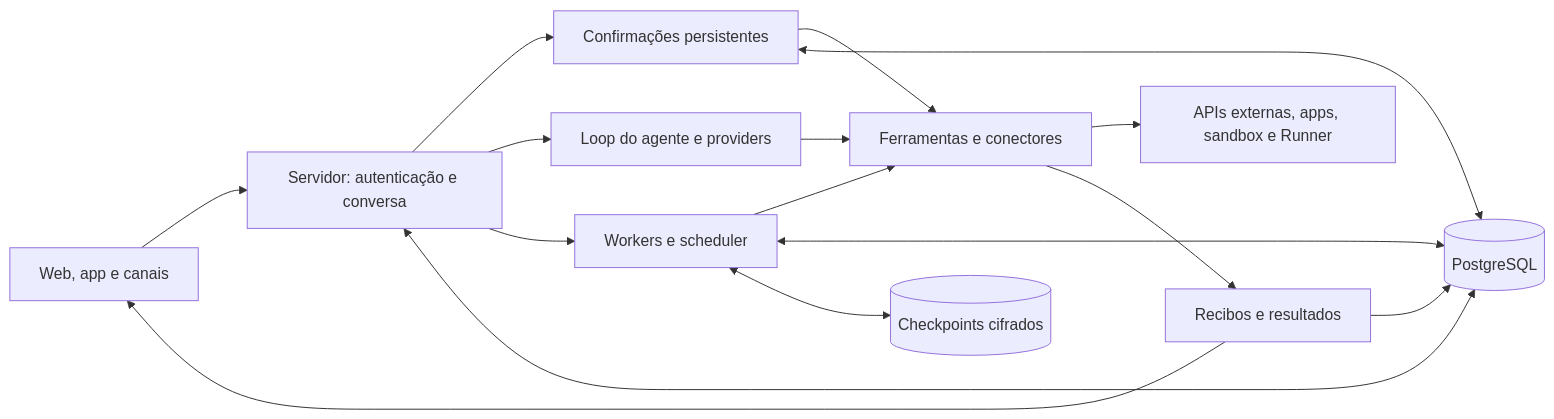
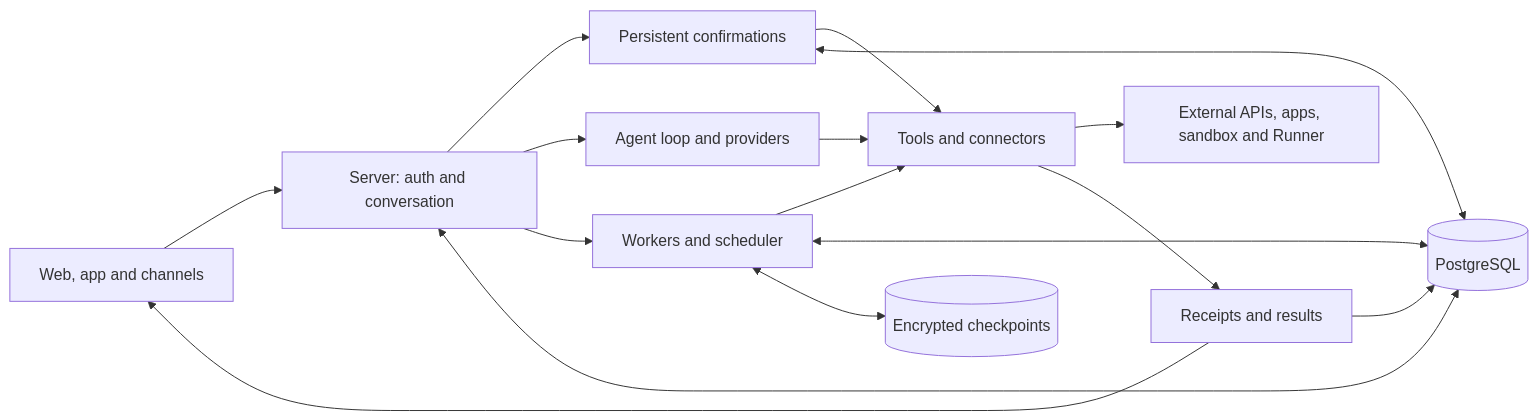
The diagram in README.md (morethanrealio/brambit), drawn with Mermaid before and after one commit. The commit also changed other lines of this file and 15 other files, not shown here.

````diff
--- a/README.md
+++ b/README.md
@@ -88,18 +155,18 @@
 ```mermaid
 flowchart LR
-  U[Web, app e canais] --> S[Servidor: autenticação e conversa]
-  S --> C[Confirmações persistentes]
-  S --> L[Loop do agente e providers]
-  C --> T[Ferramentas e conectores]
+  U[Web, app and channels] --> S[Server: auth and conversation]
+  S --> C[Persistent confirmations]
+  S --> L[Agent loop and providers]
+  C --> T[Tools and connectors]
   L --> T
-  S --> W[Workers e scheduler]
+  S --> W[Workers and scheduler]
   W --> T
   S <--> P[(PostgreSQL)]
   C <--> P
   W <--> P
-  W <--> F[(Checkpoints cifrados)]
-  T --> E[APIs externas, apps, sandbox e Runner]
-  T --> R[Recibos e resultados]
+  W <--> F[(Encrypted checkpoints)]
+  T --> E[External APIs, apps, sandbox and Runner]
+  T --> R[Receipts and results]
   R --> P
   R --> U
 ```
````
